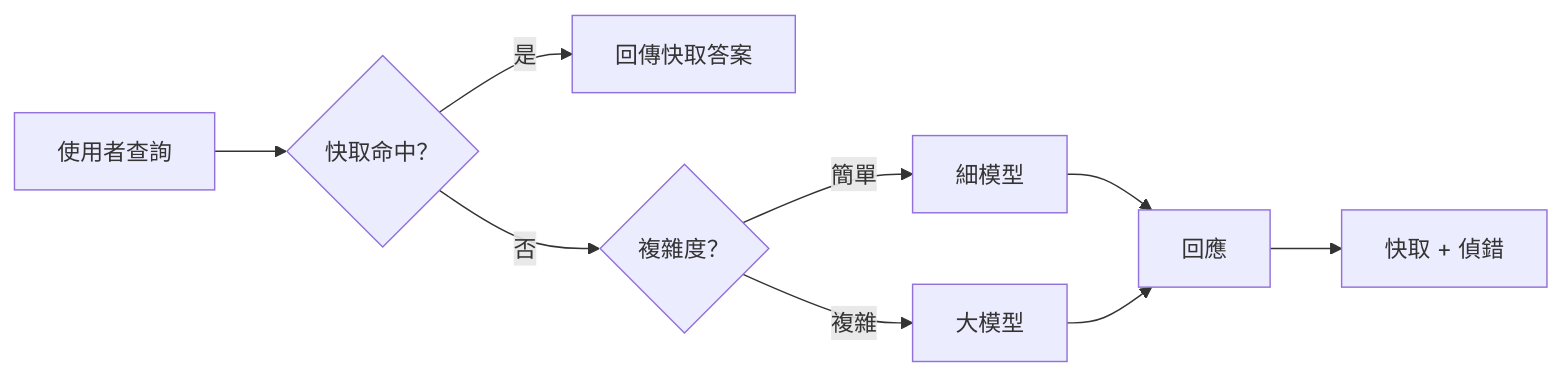
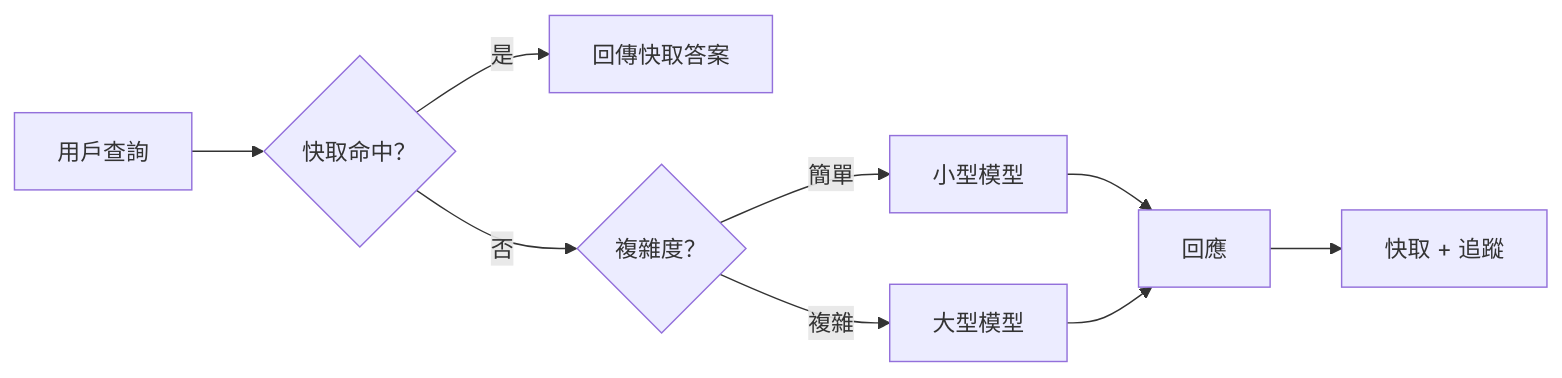
Before and after one commit to microsoft/ai-agents-for-beginners: the third of 4 diagrams in translations/zh-MO/16-deploying-scalable-agents/README.md, drawn with Mermaid. The commit also changed other lines of this file and 44 other files, not shown here.

````diff
--- a/translations/zh-MO/16-deploying-scalable-agents/README.md
+++ b/translations/zh-MO/16-deploying-scalable-agents/README.md
@@ -134,11 +134,11 @@
 ```mermaid
 flowchart LR
-    Q[使用者查詢] --> C{快取命中？}
+    Q[用戶查詢] --> C{快取命中？}
     C -->|是| R[回傳快取答案]
     C -->|否| Router{複雜度？}
-    Router -->|簡單| SLM[細模型]
-    Router -->|複雜| LLM[大模型]
+    Router -->|簡單| SLM[小型模型]
+    Router -->|複雜| LLM[大型模型]
     SLM --> Out[回應]
     LLM --> Out
-    Out --> Store[快取 + 偵錯]
+    Out --> Store[快取 + 追蹤]
 ```
````
